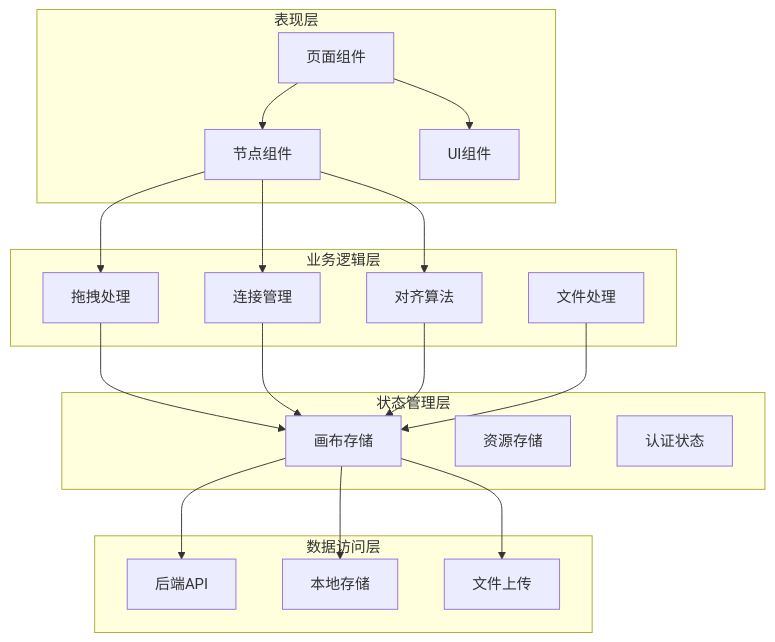
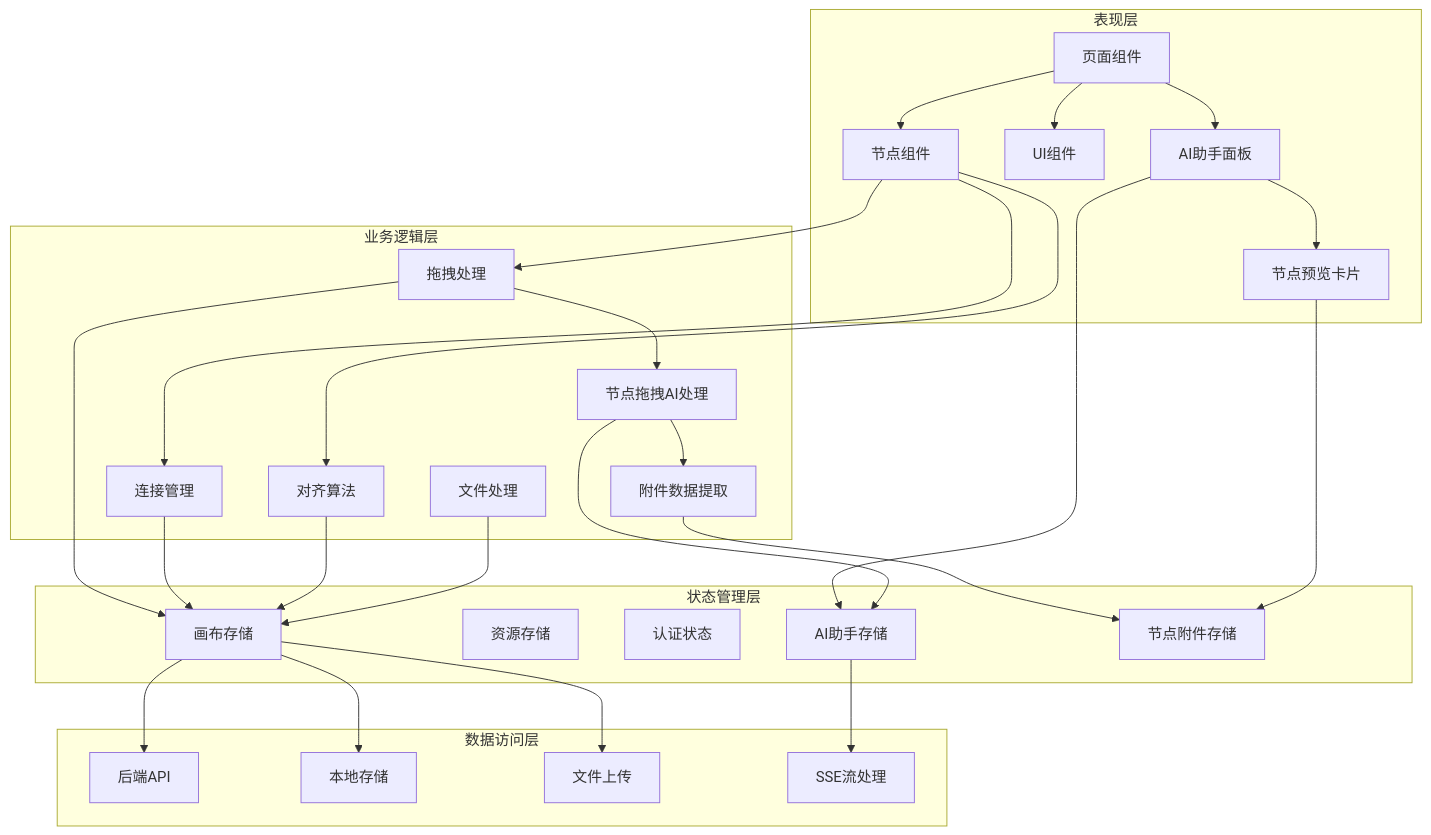
One commit to KunLabAI/KunFlix changed the third of 15 diagrams in .qoder/repowiki/zh/content/Canvas Drag Drop Enhancements.md. Above: the diagram before and after it, drawn with Mermaid. The commit also changed other lines of this file and 31 other files, not shown here.

````diff
--- a/.qoder/repowiki/zh/content/Canvas Drag Drop Enhancements.md
+++ b/.qoder/repowiki/zh/content/Canvas Drag Drop Enhancements.md
@@ -139,36 +173,52 @@
 ```mermaid
 graph TD
 subgraph "表现层"
 A[页面组件]
 B[节点组件]
 C[UI组件]
+D[AI助手面板]
+E[节点预览卡片]
 end
 subgraph "业务逻辑层"
-D[拖拽处理]
-E[连接管理]
-F[对齐算法]
-G[文件处理]
+F[拖拽处理]
+G[连接管理]
+H[对齐算法]
+I[文件处理]
+J[节点拖拽AI处理]
+K[附件数据提取]
 end
 subgraph "状态管理层"
-H[画布存储]
-I[资源存储]
-J[认证状态]
+L[画布存储]
+M[资源存储]
+N[认证状态]
+O[AI助手存储]
+P[节点附件存储]
 end
 subgraph "数据访问层"
-K[后端API]
-L[本地存储]
-M[文件上传]
+Q[后端API]
+R[本地存储]
+S[文件上传]
+T[SSE流处理]
 end
 A --> B
 A --> C
-B --> D
-B --> E
+A --> D
 B --> F
-D --> H
-E --> H
-F --> H
-G --> H
-H --> K
+B --> G
+B --> H
+F --> J
+J --> K
+K --> P
+D --> E
+D --> O
+E --> P
+F --> L
+G --> L
 H --> L
-H --> M
+I --> L
+J --> O
+O --> T
+L --> Q
+L --> R
+L --> S
 ```
````
